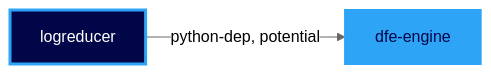
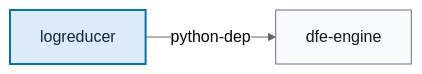
The eighth of 19 diagrams in docs/suite-graph.md (hyperi-io/dfe-infra), drawn with Mermaid (neutral theme) before and after one commit. The commit also changed other lines of this file and 5 other files, not shown here.

First line of the commit message:
fix(suite-graph): draw the suite diagrams to the diagram standard

````diff
--- a/docs/suite-graph.md
+++ b/docs/suite-graph.md
@@ -216,8 +287,14 @@
 ```mermaid
 flowchart LR
-  logreducer["logreducer"]:::producer
-  dfe_engine["dfe-engine"]:::suite
-  logreducer -->|python-dep, potential| dfe_engine
-  classDef suite fill:#2EA4F6,stroke:#2EA4F6,stroke-width:2px,color:#000647
-  classDef producer fill:#000647,stroke:#2EA4F6,stroke-width:3px,color:#FFFFFF
+    accTitle: L4 Detail -- logreducer build cycle
+    accDescr: A logreducer release puts 1 consumer in motion. dfe-engine takes python-dep.
+
+    logreducer["logreducer"]
+    dfe_engine["dfe-engine"]
+
+    logreducer -->|python-dep| dfe_engine
+
+    classDef default fill:#F8FAFC,stroke:#64748B,stroke-width:1px,color:#0F172A
+    classDef core fill:#DCEBF7,stroke:#0072B2,stroke-width:2px,color:#0B2A3F
+    class logreducer core
 ```
````
